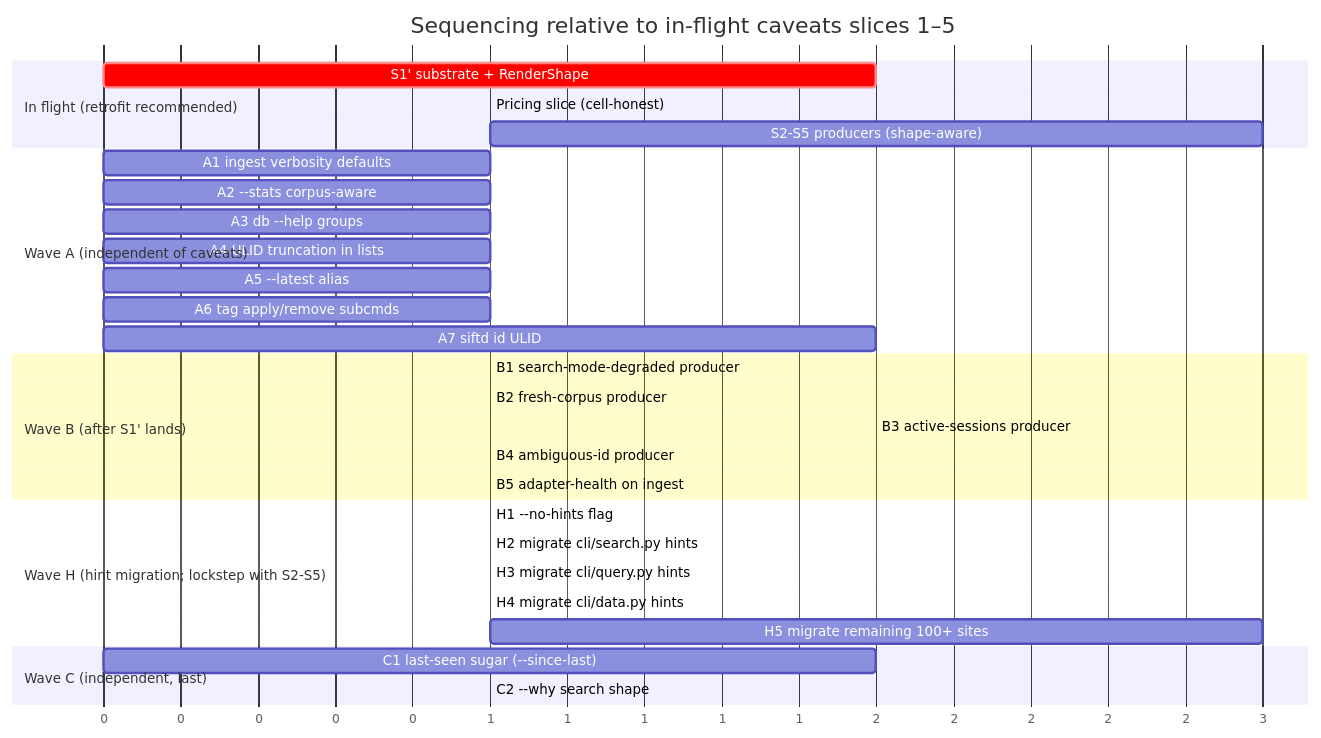
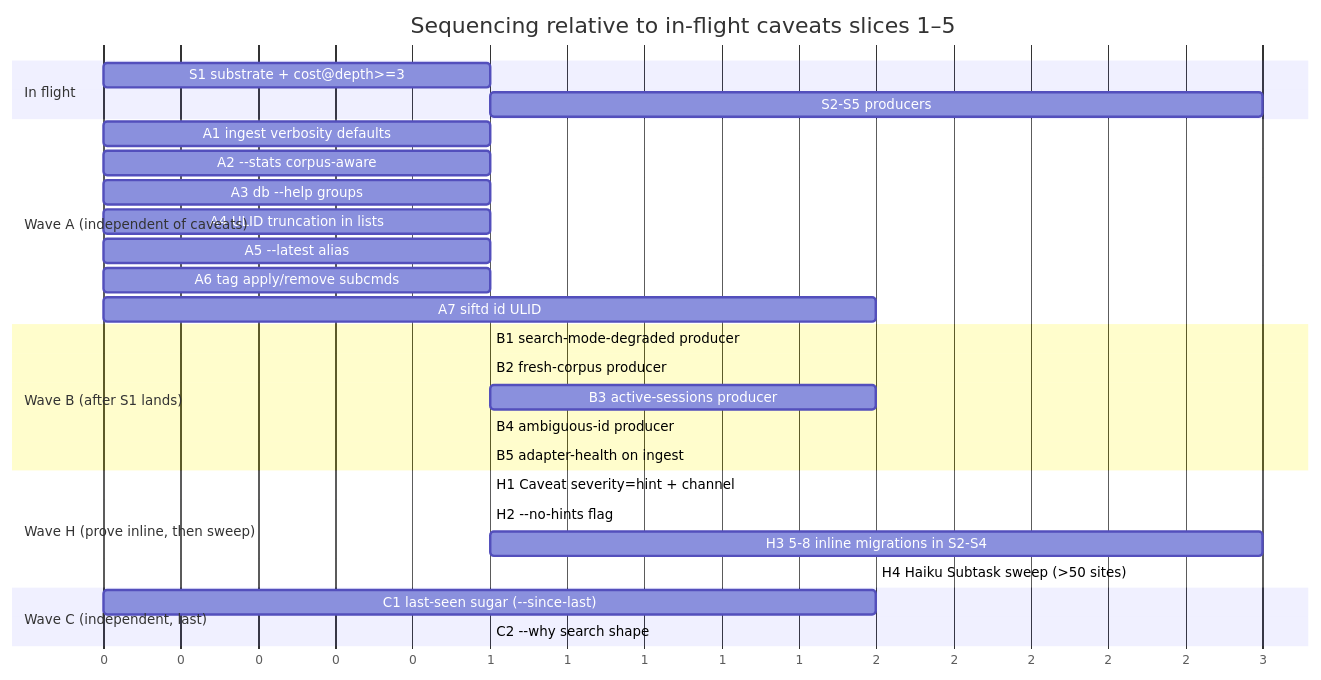
One commit to kgruel/siftd changed the second of 3 diagrams in .claude/plans/dogfood-strategy.md. Above: the diagram before and after it, drawn with Mermaid. The commit also changed other lines of this file, not shown here.

````diff
--- a/.claude/plans/dogfood-strategy.md
+++ b/.claude/plans/dogfood-strategy.md
@@ -357,38 +315,36 @@
 ```mermaid
 gantt
     title Sequencing relative to in-flight caveats slices 1–5
     dateFormat X
     axisFormat %s
 
-    section In flight (retrofit recommended)
-    S1' substrate + RenderShape       :crit, s1, 0, 2
-    Pricing slice (cell-honest)       :crit, p1, after s1, 1
-    S2-S5 producers (shape-aware)     :s2, after p1, 3
+    section In flight
+    S1 substrate + cost@depth>=3      :s1, 0, 1
+    S2-S5 producers                   :s2, after s1, 3
 
     section Wave A (independent of caveats)
     A1 ingest verbosity defaults     :a1, 0, 1
     A2 --stats corpus-aware           :a2, 0, 1
     A3 db --help groups               :a3, 0, 1
     A4 ULID truncation in lists       :a4, 0, 1
     A5 --latest alias                 :a5, 0, 1
     A6 tag apply/remove subcmds       :a6, 0, 1
     A7 siftd id ULID                  :a7, 0, 2
 
-    section Wave B (after S1' lands)
+    section Wave B (after S1 lands)
     B1 search-mode-degraded producer  :b1, after s1, 1
     B2 fresh-corpus producer          :b2, after s1, 1
     B3 active-sessions producer       :b3, after s1, 2
     B4 ambiguous-id producer          :b4, after s1, 1
     B5 adapter-health on ingest       :b5, after s1, 1
 
-    section Wave H (hint migration; lockstep with S2-S5)
-    H1 --no-hints flag                :h1, after s1, 1
-    H2 migrate cli/search.py hints    :h2, after h1, 1
-    H3 migrate cli/query.py hints     :h3, after h1, 1
-    H4 migrate cli/data.py hints      :h4, after h1, 1
-    H5 migrate remaining 100+ sites   :h5, after h4, 3
+    section Wave H (prove inline, then sweep)
+    H1 Caveat severity=hint + channel :h1, after s1, 1
+    H2 --no-hints flag                :h2, after h1, 1
+    H3 5-8 inline migrations in S2-S4 :h3, after h2, 3
+    H4 Haiku Subtask sweep (>50 sites):h4, after h3, 2
 
     section Wave C (independent, last)
     C1 last-seen sugar (--since-last) :c1, 0, 2
     C2 --why search shape             :c2, after s1, 1
 ```
````
